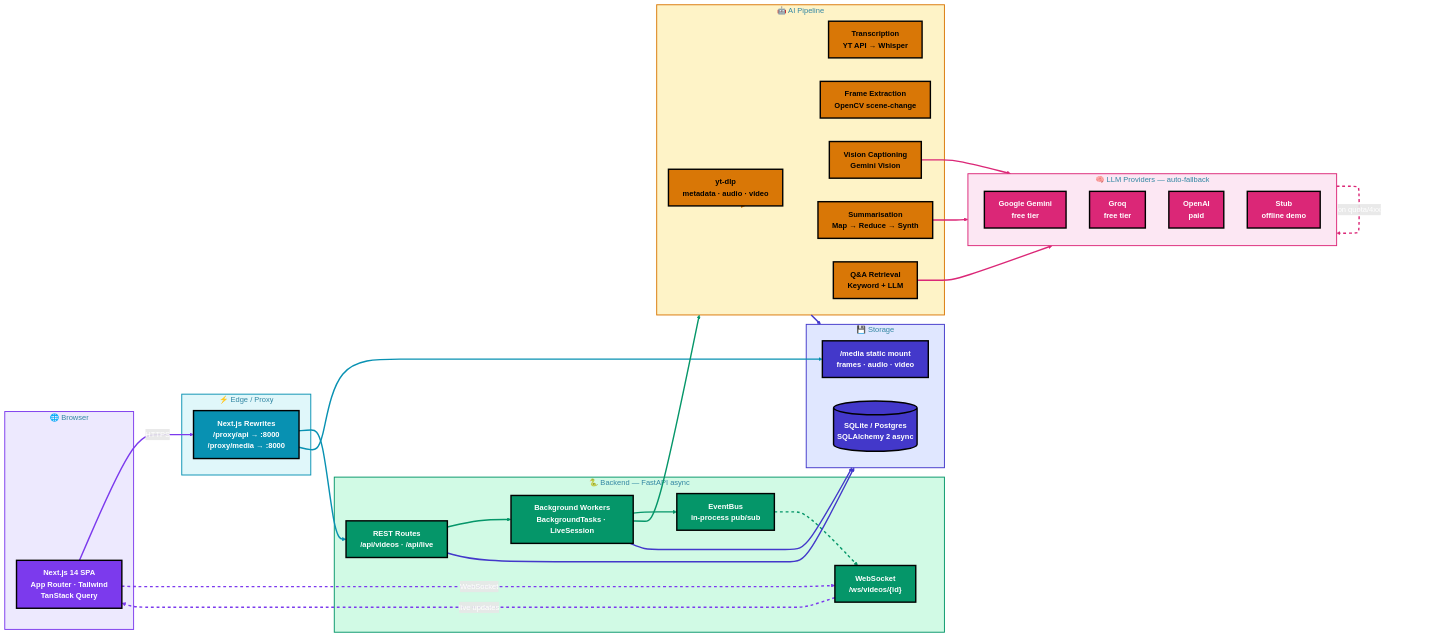
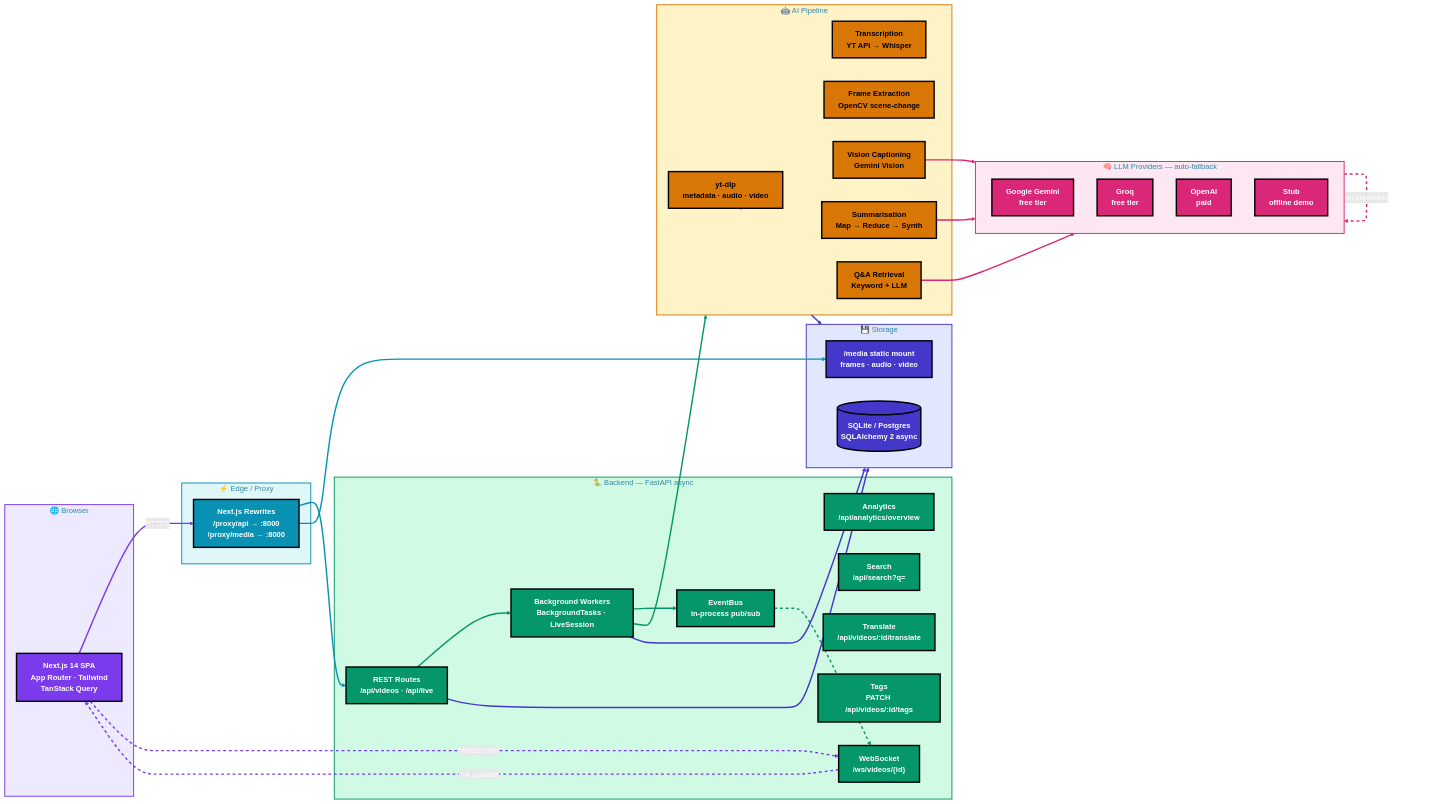
One commit to noumanic/VidIQ changed the first of 8 diagrams in README.md. Above: the diagram before and after it, drawn with Mermaid. The commit also changed other lines of this file, not shown here.

```diff
--- a/README.md
+++ b/README.md
@@ -69,6 +82,10 @@
 
     subgraph Backend["🐍  Backend — FastAPI async"]
         REST["REST Routes\n/api/videos · /api/live"]
+        AN["Analytics\n/api/analytics/overview"]
+        SR["Search\n/api/search?q="]
+        TR["Translate\n/api/videos/:id/translate"]
+        TG["Tags\nPATCH /api/videos/:id/tags"]
         WS["WebSocket\n/ws/videos/{id}"]
         Bus["EventBus\nin-process pub/sub"]
         Workers["Background Workers\nBackgroundTasks · LiveSession"]
@@ -145,7 +162,7 @@
 
     class UI client
     class Rewrite edge
-    class REST,WS,Bus,Workers backend
+    class REST,AN,SR,TR,TG,WS,Bus,Workers backend
     class YT,TC,FR,VS,SUM,QA pipeline
     class GEM,GRQ,OAI,STUB llm
     class DB,Media storage
```
